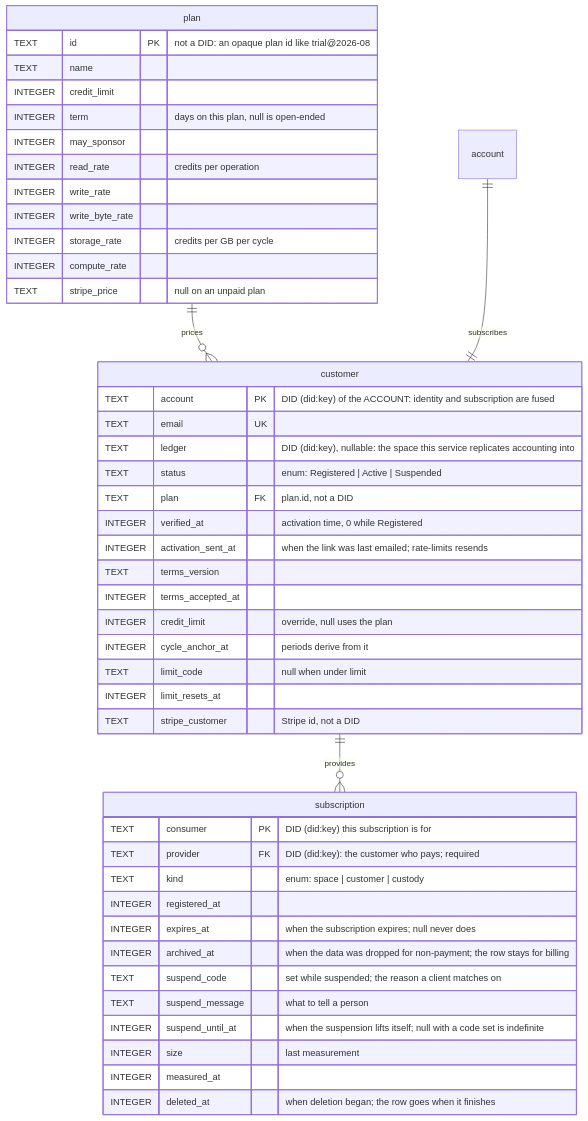
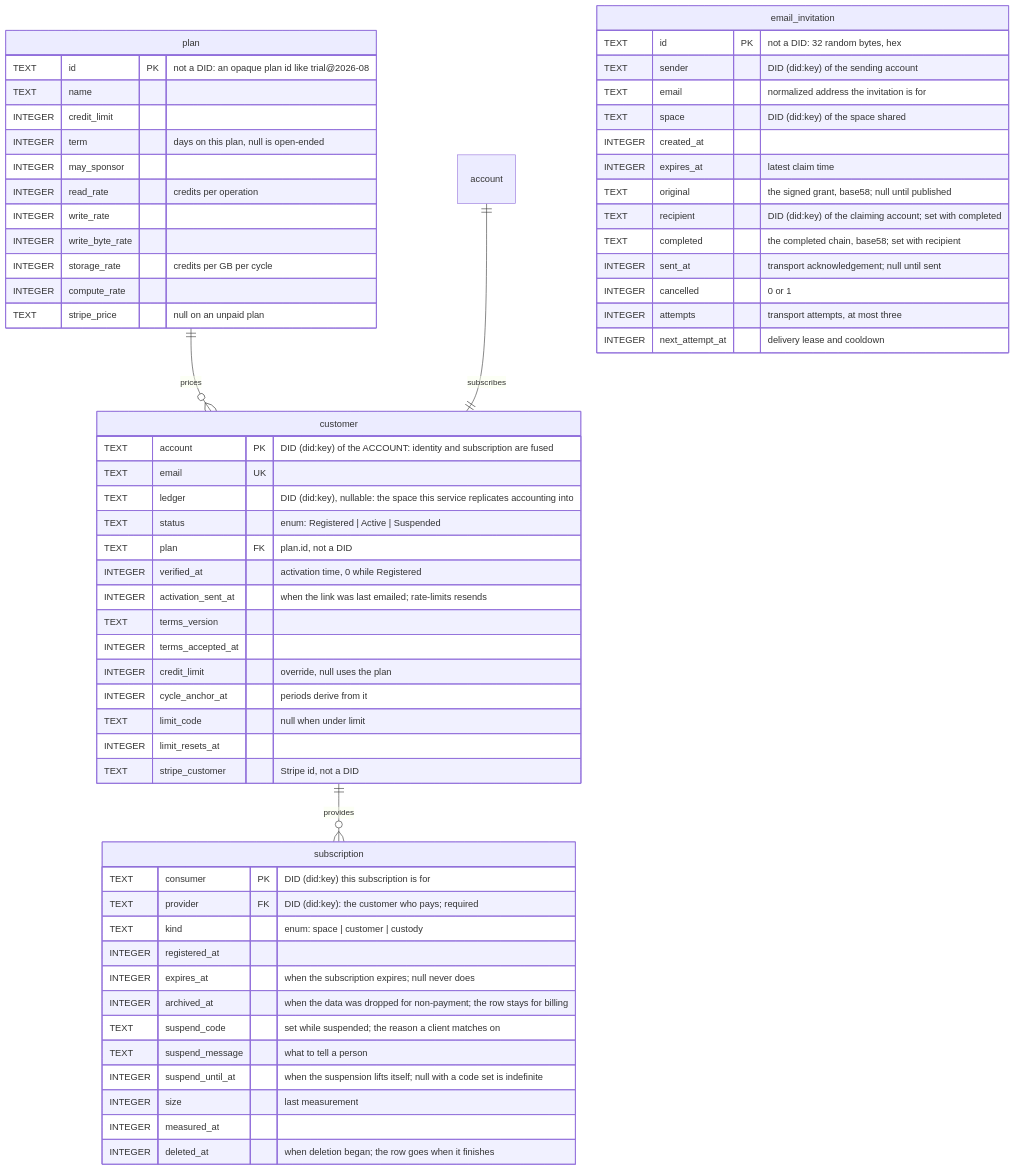
One commit to tonk-labs/tonk changed the first of 4 diagrams in docs/access-control-schema.md. Above: the diagram before and after it, drawn with Mermaid. The commit also changed other lines of this file and 1 other file, not shown here.

Commit message:
fix(access): draw email_invitation in the control schema
0007 added the table without listing the migration in the schema_doc
test or drawing it, so it_applies_every_migration_on_disk failed.

````diff
--- a/docs/access-control-schema.md
+++ b/docs/access-control-schema.md
@@ -13,52 +13,68 @@
 ```mermaid
 erDiagram
     plan ||--o{ customer : prices
     account ||--|| customer : subscribes
     customer ||--o{ subscription : provides
 
     plan {
         TEXT id PK "not a DID: an opaque plan id like trial@2026-08"
         TEXT name
         INTEGER credit_limit
         INTEGER term "days on this plan, null is open-ended"
         INTEGER may_sponsor
         INTEGER read_rate "credits per operation"
         INTEGER write_rate
         INTEGER write_byte_rate
         INTEGER storage_rate "credits per GB per cycle"
         INTEGER compute_rate
         TEXT stripe_price "null on an unpaid plan"
     }
 
     customer {
         TEXT account PK "DID (did:key) of the ACCOUNT: identity and subscription are fused"
         TEXT email UK
         TEXT ledger "DID (did:key), nullable: the space this service replicates accounting into"
         TEXT status "enum: Registered | Active | Suspended"
         TEXT plan FK "plan.id, not a DID"
         INTEGER verified_at "activation time, 0 while Registered"
         INTEGER activation_sent_at "when the link was last emailed; rate-limits resends"
         TEXT terms_version
         INTEGER terms_accepted_at
         INTEGER credit_limit "override, null uses the plan"
         INTEGER cycle_anchor_at "periods derive from it"
         TEXT limit_code "null when under limit"
         INTEGER limit_resets_at
         TEXT stripe_customer "Stripe id, not a DID"
     }
 
     subscription {
         TEXT consumer PK "DID (did:key) this subscription is for"
         TEXT provider FK "DID (did:key): the customer who pays; required"
         TEXT kind "enum: space | customer | custody"
         INTEGER registered_at
         INTEGER expires_at "when the subscription expires; null never does"
         INTEGER archived_at "when the data was dropped for non-payment; the row stays for billing"
         TEXT suspend_code "set while suspended; the reason a client matches on"
         TEXT suspend_message "what to tell a person"
         INTEGER suspend_until_at "when the suspension lifts itself; null with a code set is indefinite"
         INTEGER size "last measurement"
         INTEGER measured_at
         INTEGER deleted_at "when deletion began; the row goes when it finishes"
     }
+
+    email_invitation {
+        TEXT id PK "not a DID: 32 random bytes, hex"
+        TEXT sender "DID (did:key) of the sending account"
+        TEXT email "normalized address the invitation is for"
+        TEXT space "DID (did:key) of the space shared"
+        INTEGER created_at
+        INTEGER expires_at "latest claim time"
+        TEXT original "the signed grant, base58; null until published"
+        TEXT recipient "DID (did:key) of the claiming account; set with completed"
+        TEXT completed "the completed chain, base58; set with recipient"
+        INTEGER sent_at "transport acknowledgement; null until sent"
+        INTEGER cancelled "0 or 1"
+        INTEGER attempts "transport attempts, at most three"
+        INTEGER next_attempt_at "delivery lease and cooldown"
+    }
 ```
````
